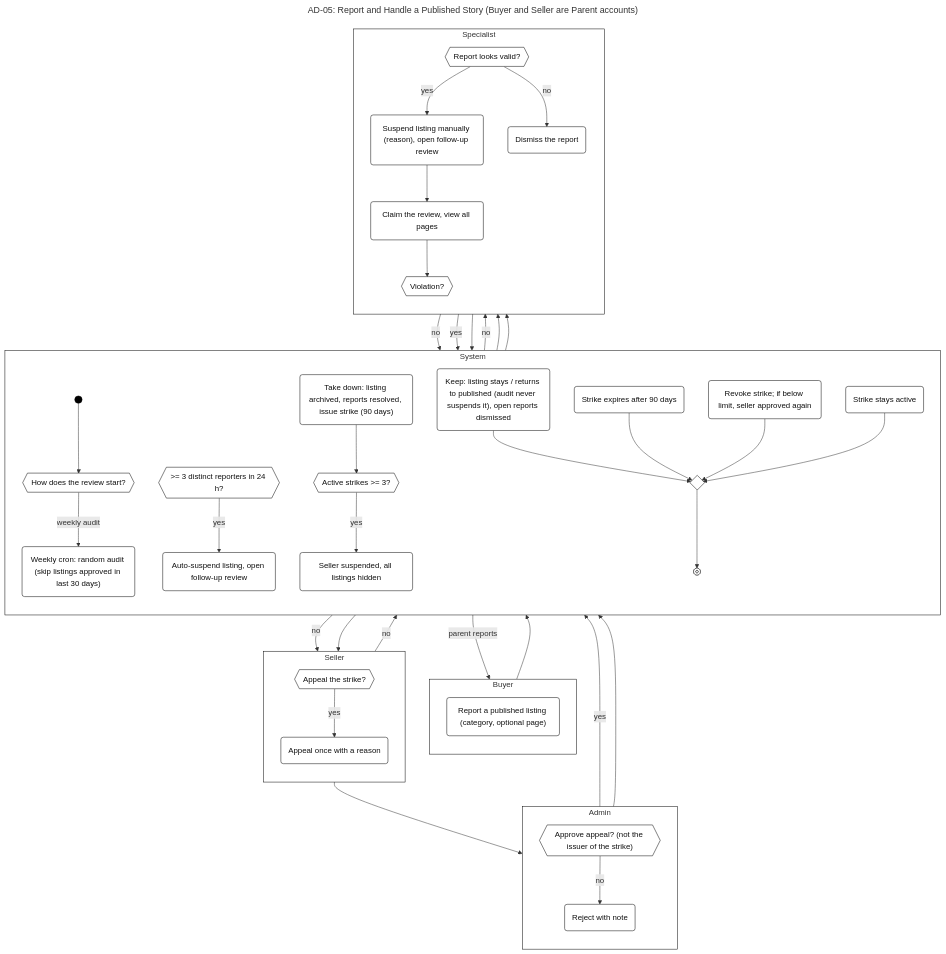
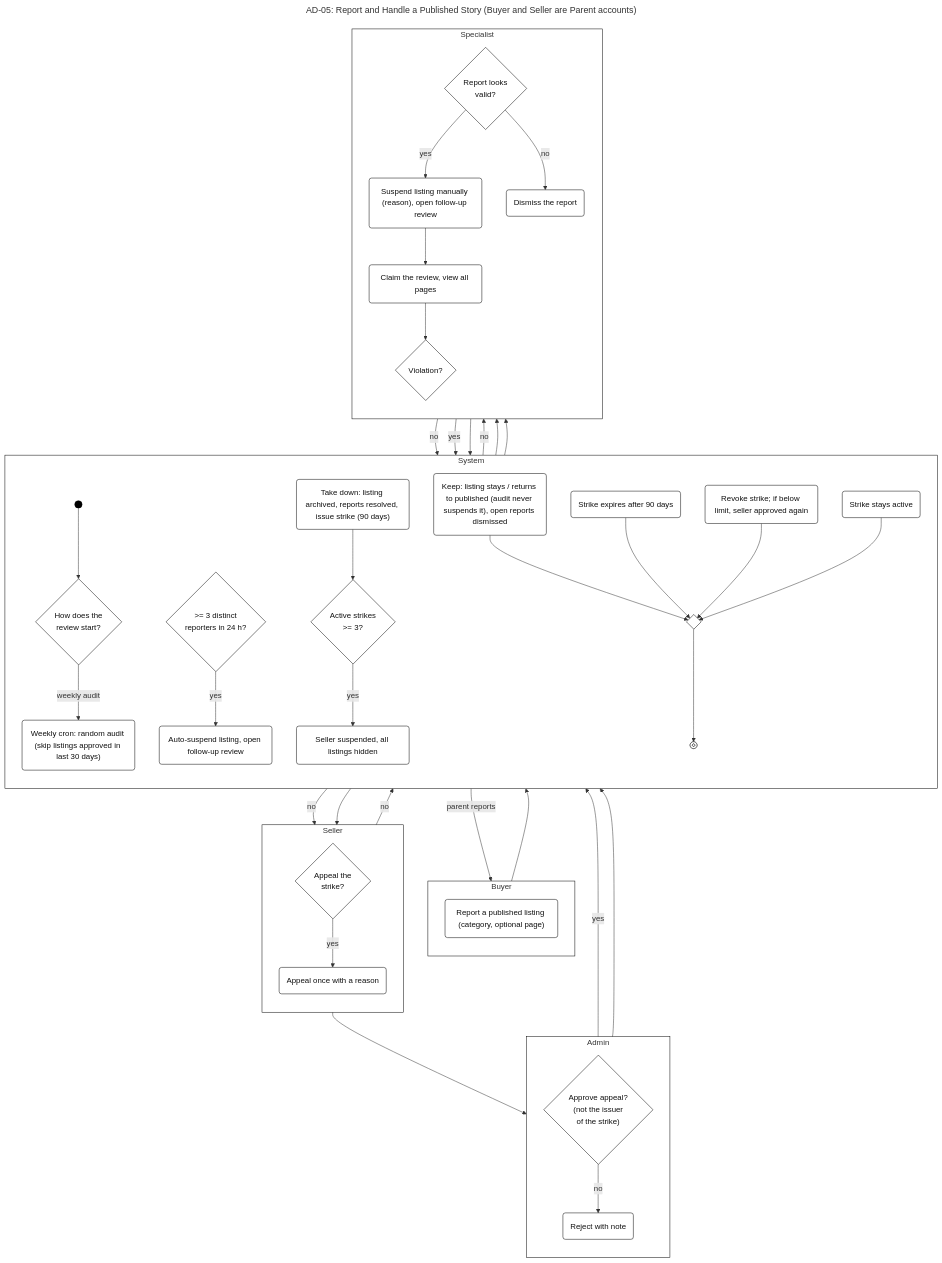
Before and after one commit to SEP490-GFA26SE186/BE: the diagram in docs/diagrams/activity/AD-05-report-and-handle.mmd, drawn with Mermaid. The commit also changed 17 other files, not shown here.

```diff
--- a/docs/diagrams/activity/AD-05-report-and-handle.mmd
+++ b/docs/diagrams/activity/AD-05-report-and-handle.mmd
@@ -1,84 +1,84 @@
 ---
 title: "AD-05: Report and Handle a Published Story (Buyer and Seller are Parent accounts)"
 ---
 %%{init: {"flowchart": {"curve": "linear", "nodeSpacing": 30, "rankSpacing": 40}, "themeVariables": {"fontFamily": "Arial", "fontSize": "14px", "lineColor": "#333333"}}%%
 flowchart TB
   subgraph L_B["Buyer"]
     direction TB
     a_report("Report a published listing (category, optional page)")
   end
   subgraph L_S["System"]
     direction TB
     start((" "))
-    d_trig{{"How does the review start?"}}
+    d_trig{"How does the<br/>review start?"}
     s_audit("Weekly cron: random audit (skip listings approved in last 30 days)")
-    d_three{{">= 3 distinct reporters in 24 h?"}}
+    d_three{">= 3 distinct<br/>reporters in 24 h?"}
     s_auto("Auto-suspend listing, open follow-up review")
     s_keep("Keep: listing stays / returns to published (audit never suspends it), open reports dismissed")
     s_take("Take down: listing archived, reports resolved, issue strike (90 days)")
-    d_strikes{{"Active strikes >= 3?"}}
+    d_strikes{"Active strikes<br/>>= 3?"}
     s_suspseller("Seller suspended, all listings hidden")
     s_expire("Strike expires after 90 days")
     s_revoke("Revoke strike; if below limit, seller approved again")
     s_stays("Strike stays active")
     merge{" "}
     n_end@{ shape: fr-circ }
   end
   subgraph L_E["Seller"]
     direction TB
-    d_appeal{{"Appeal the strike?"}}
+    d_appeal{"Appeal the<br/>strike?"}
     a_appeal("Appeal once with a reason")
   end
   subgraph L_A["Admin"]
     direction TB
-    d_approve{{"Approve appeal? (not the issuer of the strike)"}}
+    d_approve{"Approve appeal?<br/>(not the issuer<br/>of the strike)"}
     a_rejnote("Reject with note")
   end
   subgraph L_P["Specialist"]
     direction TB
-    d_valid{{"Report looks valid?"}}
+    d_valid{"Report looks<br/>valid?"}
     s_suspend("Suspend listing manually (reason), open follow-up review")
     s_dismiss("Dismiss the report")
     a_claim("Claim the review, view all pages")
-    d_viol{{"Violation?"}}
+    d_viol{"Violation?"}
   end
 
   start --> d_trig
   d_trig -- "parent reports" --> a_report
   d_trig -- "weekly audit" --> s_audit
   a_report --> d_three
   d_three -- "yes" --> s_auto
   d_three -- "no" --> d_valid
   d_valid -- "yes" --> s_suspend
   d_valid -- "no" --> s_dismiss
   s_audit --> a_claim
   s_auto --> a_claim
   s_suspend --> a_claim
   a_claim --> d_viol
   d_viol -- "no" --> s_keep
   d_viol -- "yes" --> s_take
   s_take --> d_strikes
   d_strikes -- "yes" --> s_suspseller
   d_strikes -- "no" --> d_appeal
   s_suspseller --> d_appeal
   d_appeal -- "no" --> s_expire
   d_appeal -- "yes" --> a_appeal
   a_appeal --> d_approve
   d_approve -- "yes" --> s_revoke
   d_approve -- "no" --> a_rejnote
   a_rejnote --> s_stays
   s_keep --> merge
   s_expire --> merge
   s_revoke --> merge
   s_stays --> merge
   s_dismiss --> merge
   merge --> n_end
 
   classDef default fill:#FFFFFF,stroke:#000000,color:#111111
   classDef solid fill:#000000,stroke:#000000
   class start solid
   style L_B fill:#FFFFFF,stroke:#000000
   style L_S fill:#FFFFFF,stroke:#000000
   style L_E fill:#FFFFFF,stroke:#000000
   style L_A fill:#FFFFFF,stroke:#000000
   style L_P fill:#FFFFFF,stroke:#000000
```
